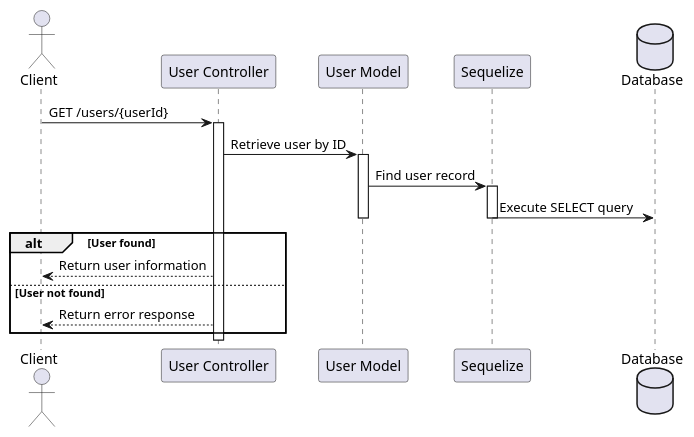
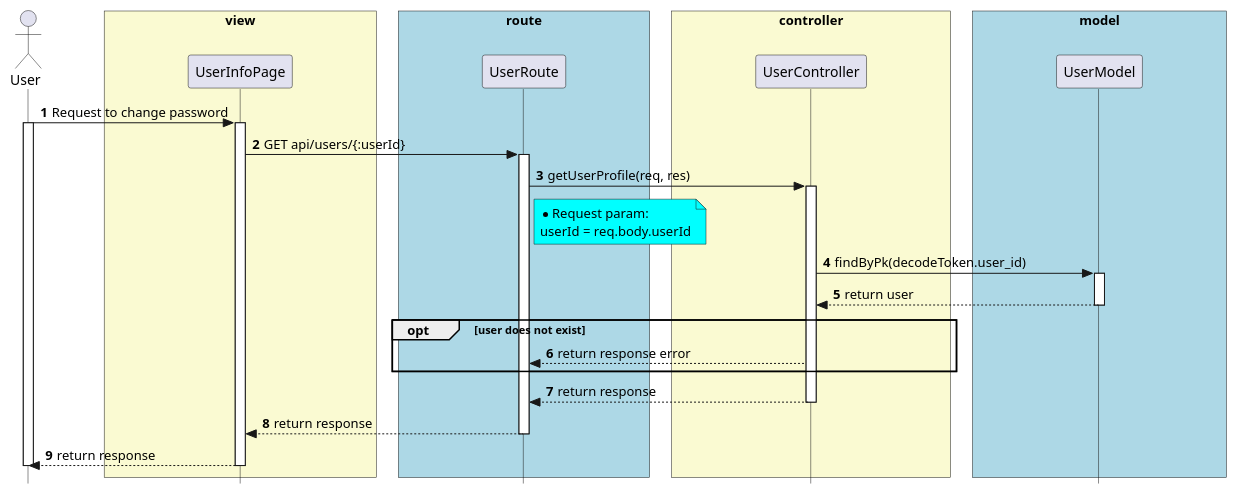
The diagram in diagram/sequence/API/users/getUserById.pu (techcomrade/fmECG), drawn with PlantUML before and after one commit. The commit also changed other lines of this file and 8 other files, not shown here.

```diff
--- a/diagram/sequence/API/users/getUserById.pu
+++ b/diagram/sequence/API/users/getUserById.pu
@@ -1,28 +1,86 @@
 @startuml
 
-actor Client
-participant "User Controller" as Controller
-participant "User Model" as Model
-participant "Sequelize" as ORM
-database "Database" as DB
 
-Client -> Controller: GET /users/{userId}
-activate Controller
+skinparam style strictuml
 
-Controller -> Model: Retrieve user by ID
-activate Model
-Model -> ORM: Find user record
-activate ORM
-ORM -> DB: Execute SELECT query
-deactivate ORM
-deactivate Model
+skinparam lifelineStrategy solid
 
-alt User found
-  Controller --> Client: Return user information
-else User not found
-  Controller --> Client: Return error response
+skinparam ParticipantPadding 80
+
+skinparam BoxPadding 10
+
+autonumber
+
+actor User as User
+
+box "view" #LightGoldenRodYellow
+
+participant UserInfoPage as UserInfoPage
+
+end box
+
+box "route" #lightBlue
+
+participant UserRoute as UserRoute
+
+end box
+
+
+box "controller" #LightGoldenRodYellow
+participant UserController as UserController
+
+end box
+
+
+box "model" #lightBlue
+participant UserModel as UserModel
+
+end box
+
+
+User -> UserInfoPage: Request to change password
+activate User
+activate UserInfoPage
+
+UserInfoPage -> UserRoute: GET api/users/{:userId}
+activate UserRoute
+
+
+UserRoute -> UserController: getUserProfile(req, res)
+activate UserController
+
+note right of UserRoute #Aqua
+* Request param:
+userId = req.body.userId
+end note
+
+
+UserController -> UserModel: findByPk(decodeToken.user_id)
+
+activate  UserModel
+
+UserModel --> UserController: return user
+
+deactivate UserModel
+
+opt user does not exist
+  UserController --> UserRoute: return response error
 end
 
-deactivate Controller
+
+
+UserController --> UserRoute: return response
+
+deactivate UserController
+
+UserRoute --> UserInfoPage: return response
+
+deactivate UserRoute
+
+UserInfoPage --> User: return response
+
+deactivate UserInfoPage
+deactivate User
+
 
 @enduml
```
